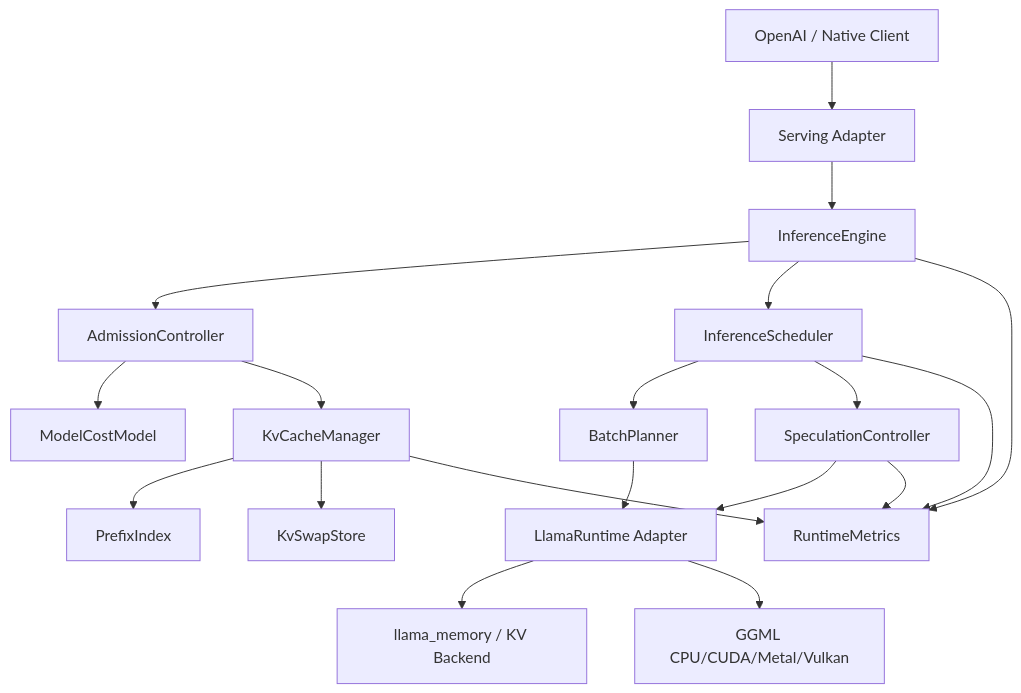
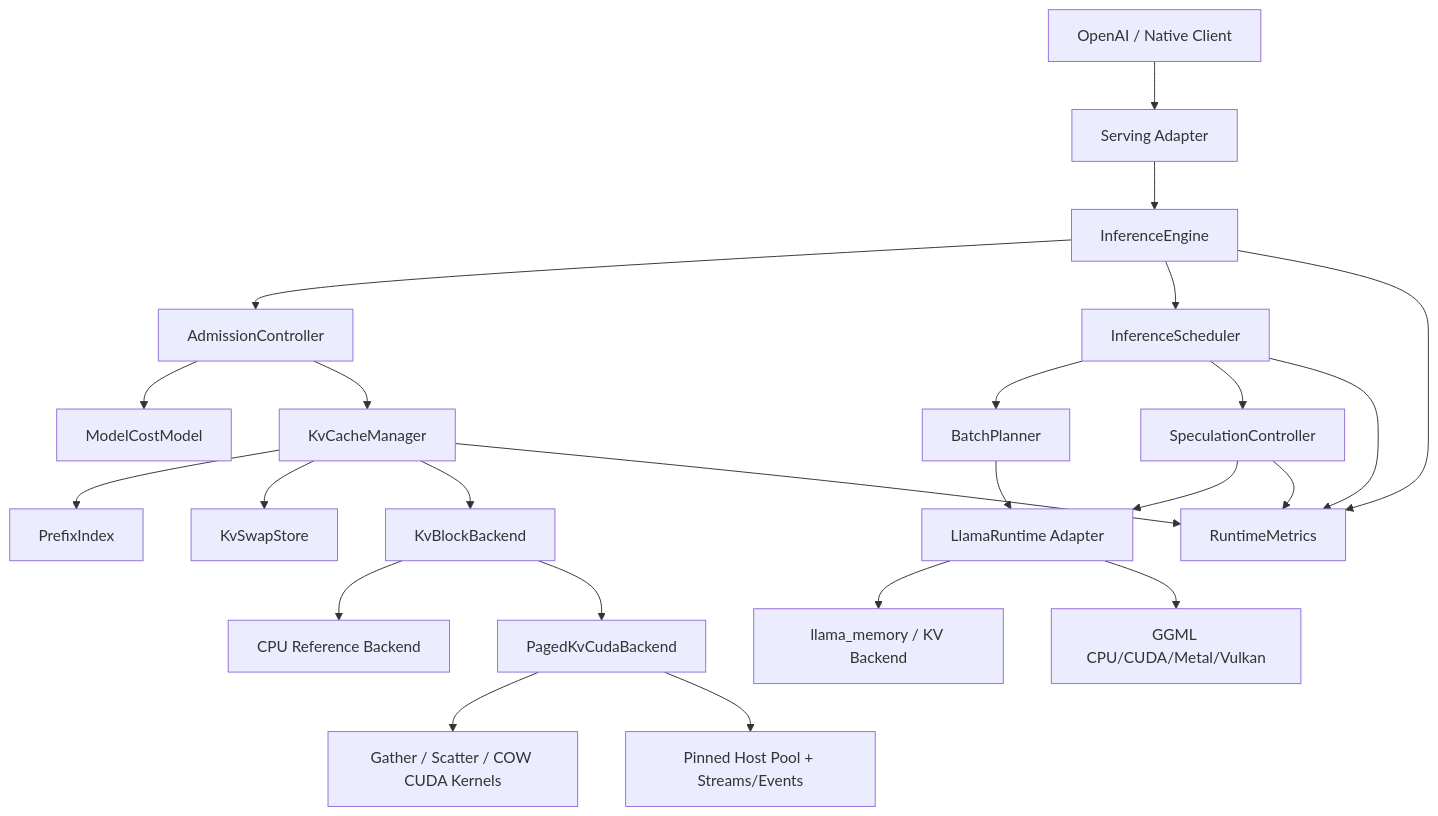
Before and after one commit to Ljzljz-211302/cacheflow-llama-runtime: the first of 2 diagrams in docs/architecture.md, drawn with Mermaid. The commit also changed other lines of this file, not shown here.

Commit message:
docs: require CUDA paged KV backend

````diff
--- a/docs/architecture.md
+++ b/docs/architecture.md
@@ -115,21 +128,26 @@
 ```mermaid
 flowchart TD
     Client["OpenAI / Native Client"] --> Gateway["Serving Adapter"]
     Gateway --> Engine["InferenceEngine"]
     Engine --> Admission["AdmissionController"]
     Admission --> Cost["ModelCostModel"]
     Admission --> KV["KvCacheManager"]
     Engine --> Scheduler["InferenceScheduler"]
     Scheduler --> Batch["BatchPlanner"]
     Scheduler --> Spec["SpeculationController"]
     KV --> Prefix["PrefixIndex"]
     KV --> Swap["KvSwapStore"]
+    KV --> BlockBackend["KvBlockBackend"]
+    BlockBackend --> CpuKv["CPU Reference Backend"]
+    BlockBackend --> CudaKv["PagedKvCudaBackend"]
+    CudaKv --> CudaKernel["Gather / Scatter / COW CUDA Kernels"]
+    CudaKv --> Pinned["Pinned Host Pool + Streams/Events"]
     Batch --> Runtime["LlamaRuntime Adapter"]
     Spec --> Runtime
     Runtime --> Memory["llama_memory / KV Backend"]
     Runtime --> Backend["GGML CPU/CUDA/Metal/Vulkan"]
     Engine --> Metrics["RuntimeMetrics"]
     KV --> Metrics
     Scheduler --> Metrics
     Spec --> Metrics
 ```
````
